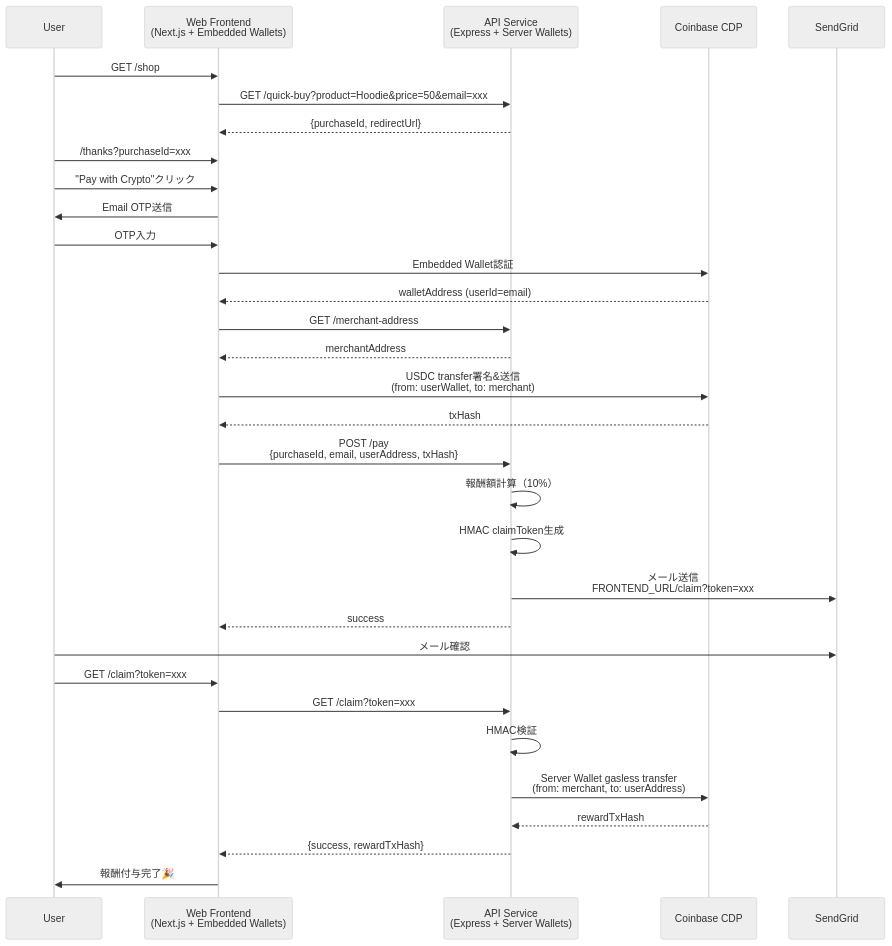
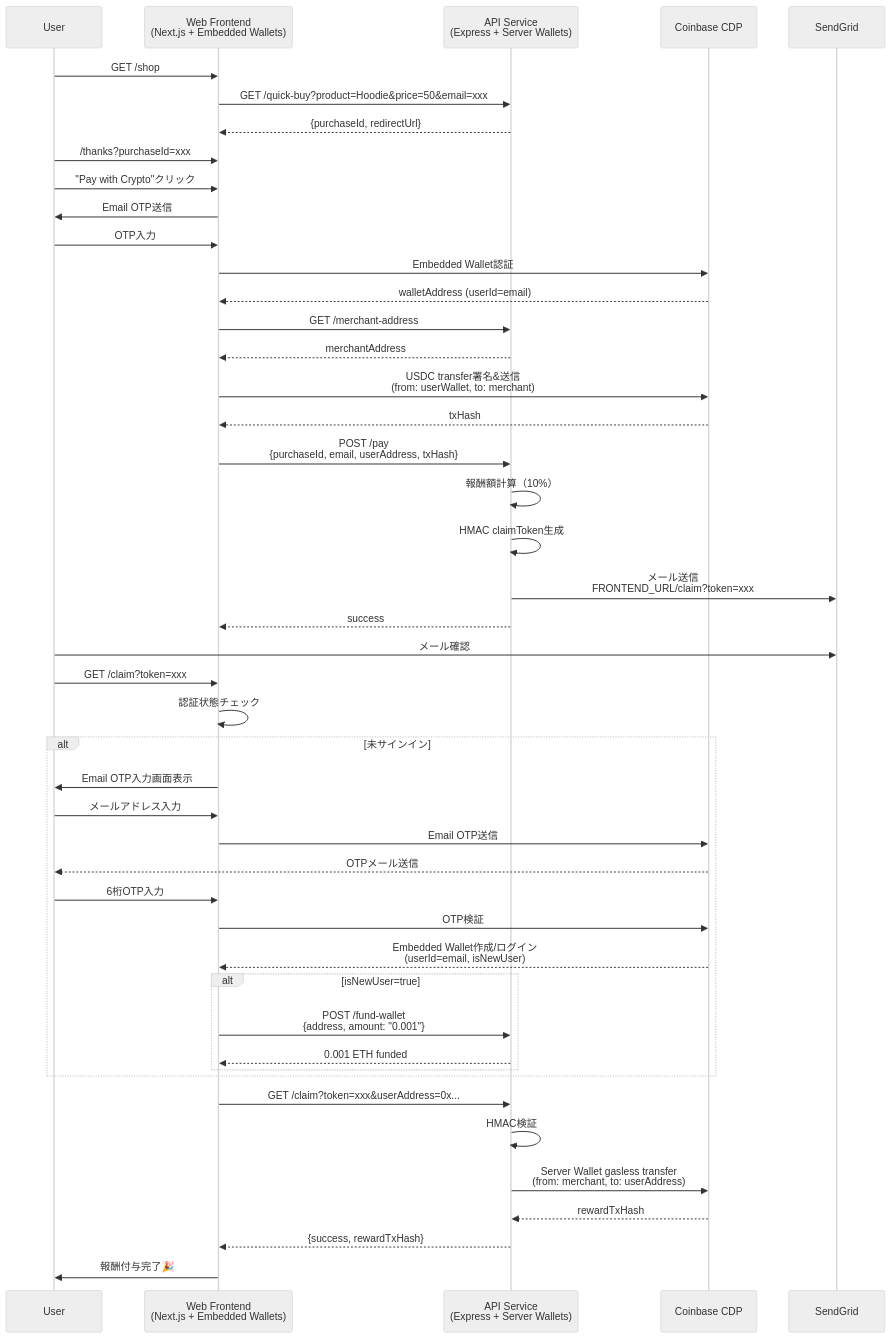
Before and after one commit to rtree/crypify: the diagram in specs/MVP_FINALDESIGN.md, drawn with Mermaid (neutral theme). The commit also changed other lines of this file and 1 other file, not shown here.

Commit message:
feat: Implement proper Embedded Wallets auto-creation flow on Claim page
- Add email OTP authentication flow using CDP hooks (useSignInWithEmail, useVerifyEmailOTP)
- Check authentication status on Claim page load
- If already signed in → claim directly
- If not signed in → Email OTP flow → auto-create Embedded Wallet
- Fund new wallets with 0.001 ETH for gas
- Update MVP_FINALDESIGN.md with accurate Claim flow
- Multi-step UI: checking → email → OTP → claiming → success/error

````diff
--- a/specs/MVP_FINALDESIGN.md
+++ b/specs/MVP_FINALDESIGN.md
@@ -107,46 +115,63 @@
 ```mermaid
 sequenceDiagram
     participant User
     participant WebFront as Web Frontend<br/>(Next.js + Embedded Wallets)
     participant API as API Service<br/>(Express + Server Wallets)
     participant CDP as Coinbase CDP
     participant SendGrid
 
     %% Quick Buy
     User->>WebFront: GET /shop
     WebFront->>API: GET /quick-buy?product=Hoodie&price=50&email=xxx
     API-->>WebFront: {purchaseId, redirectUrl}
     
     %% 決済画面
     User->>WebFront: /thanks?purchaseId=xxx
     
     %% Embedded Wallets認証
     User->>WebFront: "Pay with Crypto"クリック
     WebFront->>User: Email OTP送信
     User->>WebFront: OTP入力
     WebFront->>CDP: Embedded Wallet認証
     CDP-->>WebFront: walletAddress (userId=email)
     
     %% USDC支払い（フロント署名）
     WebFront->>API: GET /merchant-address
     API-->>WebFront: merchantAddress
     WebFront->>CDP: USDC transfer署名&送信<br/>(from: userWallet, to: merchant)
     CDP-->>WebFront: txHash
     
     %% 支払い通知
     WebFront->>API: POST /pay<br/>{purchaseId, email, userAddress, txHash}
     API->>API: 報酬額計算（10%）
     API->>API: HMAC claimToken生成
     API->>SendGrid: メール送信<br/>FRONTEND_URL/claim?token=xxx
     API-->>WebFront: success
     
-    %% Claim処理
+    %% Claim処理（Embedded Wallets自動作成）
     User->>SendGrid: メール確認
     User->>WebFront: GET /claim?token=xxx
-    WebFront->>API: GET /claim?token=xxx
+    WebFront->>WebFront: 認証状態チェック
+    
+    alt 未サインイン
+        WebFront->>User: Email OTP入力画面表示
+        User->>WebFront: メールアドレス入力
+        WebFront->>CDP: Email OTP送信
+        CDP-->>User: OTPメール送信
+        User->>WebFront: 6桁OTP入力
+        WebFront->>CDP: OTP検証
+        CDP-->>WebFront: Embedded Wallet作成/ログイン<br/>(userId=email, isNewUser)
+        
+        alt isNewUser=true
+            WebFront->>API: POST /fund-wallet<br/>{address, amount: "0.001"}
+            API-->>WebFront: 0.001 ETH funded
+        end
+    end
+    
+    WebFront->>API: GET /claim?token=xxx&userAddress=0x...
     API->>API: HMAC検証
     API->>CDP: Server Wallet gasless transfer<br/>(from: merchant, to: userAddress)
     CDP-->>API: rewardTxHash
     API-->>WebFront: {success, rewardTxHash}
     WebFront->>User: 報酬付与完了🎉
 ```
````
